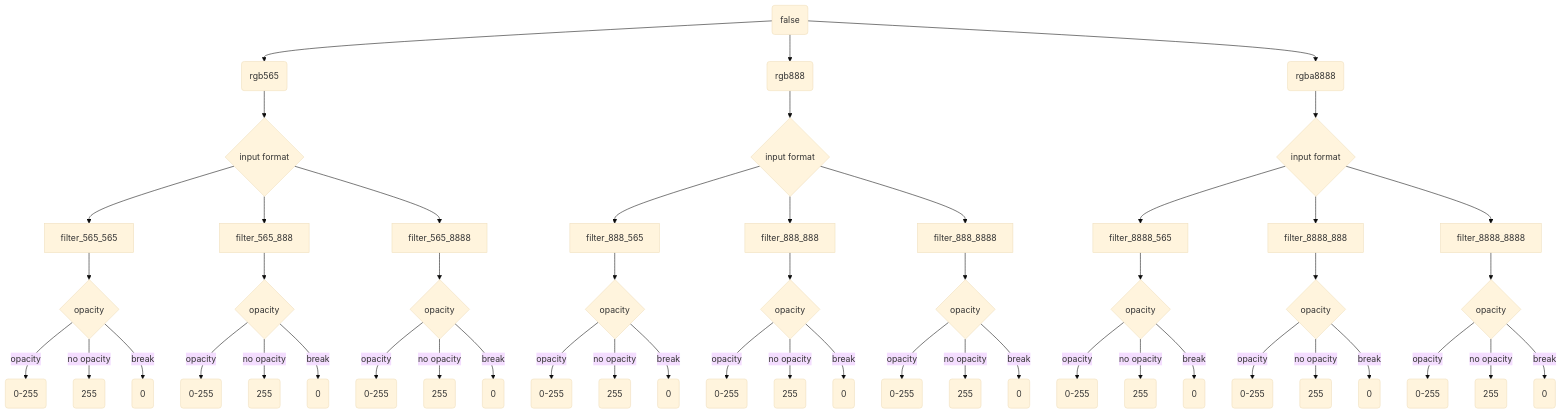
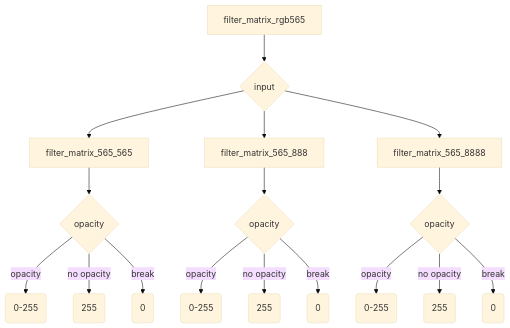
The sixth of 17 diagrams in doc/source/Design/index.md (realmcu/HoneyGUI), drawn with Mermaid (base theme) before and after one commit. The commit also changed other lines of this file, not shown here.

````diff
--- a/doc/source/Design/index.md
+++ b/doc/source/Design/index.md
@@ -150,63 +90,19 @@
 ```{mermaid}
 graph TD
-
-filter_matrix_F[flase] --> | |filter_matrix_F565(rgb565)
-filter_matrix_F565 --> filter_judge_565{input format}
-filter_judge_565 --> filter_565_565
-filter_565_565 --> filter_565_565_opacity{opacity}
-filter_565_565_opacity -->|opacity|filter_565_565_0_255(0-255)
-filter_565_565_opacity -->|no opacity|filter_565_565_255(255)
-filter_565_565_opacity -->|break|filter_565_565_0(0)
-
-filter_judge_565 --> filter_565_888
-filter_565_888 --> filter_565_888_opacity{opacity}
-filter_565_888_opacity -->|opacity|filter_565_888_0_255(0-255)
-filter_565_888_opacity -->|no opacity|filter_565_888_255(255)
-filter_565_888_opacity -->|break|filter_565_888_0(0)
-
-filter_judge_565 --> filter_565_8888
-filter_565_8888 --> filter_565_8888_opacity{opacity}
-filter_565_8888_opacity -->|opacity|filter_565_8888_0_255(0-255)
-filter_565_8888_opacity -->|no opacity|filter_565_8888_255(255)
-filter_565_8888_opacity -->|break|filter_565_8888_0(0)
-
-filter_matrix_F(flase) --> | |filter_matrix_F888(rgb888)
-filter_matrix_F888 --> filter_judge_888{input format}
-filter_judge_888 --> filter_888_565
-filter_888_565 --> filter_888_565_opacity{opacity}
-filter_888_565_opacity -->|opacity|filter_888_565_0_255(0-255)
-filter_888_565_opacity -->|no opacity|filter_888_565_255(255)
-filter_888_565_opacity -->|break|filter_888_565_0(0)
-
-filter_judge_888 --> filter_888_888
-filter_888_888 --> filter_888_888_opacity{opacity}
-filter_888_888_opacity -->|opacity|filter_888_888_0_255(0-255)
-filter_888_888_opacity -->|no opacity|filter_888_888_255(255)
-filter_888_888_opacity -->|break|filter_888_888_0(0)
-
-filter_judge_888 --> filter_888_8888
-filter_888_8888 --> filter_888_8888_opacity{opacity}
-filter_888_8888_opacity -->|opacity|filter_888_8888_0_255(0-255)
-filter_888_8888_opacity -->|no opacity|filter_888_8888_255(255)
-filter_888_8888_opacity -->|break|filter_888_8888_0(0)
-
-filter_matrix_F(false) --> | |filter_matrix_F8888(rgba8888)
-filter_matrix_F8888 --> filter_judge_8888{input format}
-filter_judge_8888 --> filter_8888_565
-filter_8888_565 --> filter_8888_565_opacity{opacity}
-filter_8888_565_opacity --> |opacity|filter_8888_565_0_255(0-255)
-filter_8888_565_opacity --> |no opacity|filter_8888_565_255(255)
-filter_8888_565_opacity --> |break|filter_8888_565_0(0)
-
-filter_judge_8888 --> filter_8888_888
-filter_8888_888 --> filter_8888_888_opacity{opacity}
-filter_8888_888_opacity --> |opacity|filter_8888_888_0_255(0-255)
-filter_8888_888_opacity --> |no opacity|filter_8888_888_255(255)
-filter_8888_888_opacity --> |break|filter_8888_888_0(0)
-
-filter_judge_8888 --> filter_8888_8888
-filter_8888_8888 --> filter_8888_8888_opacity{opacity}
-filter_8888_8888_opacity --> |opacity|filter_8888_8888_0_255(0-255)
-filter_8888_8888_opacity --> |no opacity|filter_8888_8888_255(255)
-filter_8888_8888_opacity --> |break|filter_8888_8888_0(0)
+filter_matrix_rgb565 --> filter_matrix_565{input}
+filter_matrix_565 --> | |filter_matrix_565_565
+filter_matrix_565_565 --> filter_matrix_opacity_case565{opacity}
+filter_matrix_opacity_case565 --> |opacity| filter_matrix_opacity_value0_255(0-255)
+filter_matrix_opacity_case565 --> |no opacity|filter_matrix_opacity_value255(255)
+filter_matrix_opacity_case565 --> |break|filter_matrix_opacity_value0(0)
+filter_matrix_565 --> | |filter_matrix_565_888
+filter_matrix_565_888--> filter_matrix_opacity_case888{opacity}
+filter_matrix_opacity_case888 --> |opacity|filter_matrix_opacity_value888_0_255(0-255)
+filter_matrix_opacity_case888 --> |no opacity|filter_matrix_opacity_value888_255(255)
+filter_matrix_opacity_case888 --> |break|filter_matrix_opacity_value888_0(0)
+filter_matrix_565 --> | |filter_matrix_565_8888
+filter_matrix_565_8888 --> filter_matrix_opacity_case8888{opacity}
+filter_matrix_opacity_case8888 --> |opacity|filter_matrix_opacity_value8888_0_255(0-255)
+filter_matrix_opacity_case8888 --> |no opacity|filter_matrix_opacity_value8888_255(255)
+filter_matrix_opacity_case8888 --> |break|filter_matrix_opacity_value8888_0(0)
 ```
````
